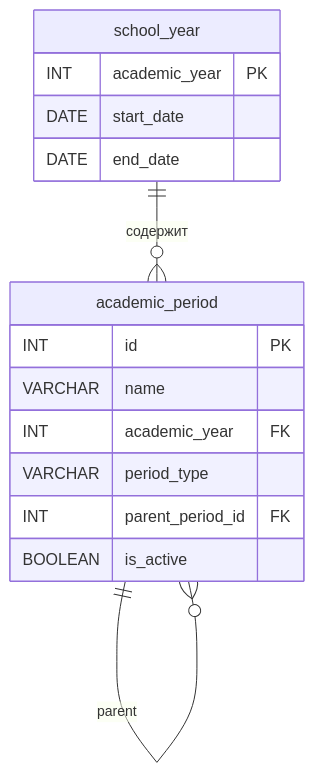
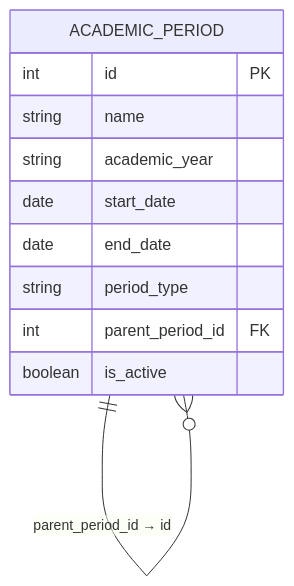
Before and after one commit to YuriSilenok/KPK_UP2_24-1P11: the diagram in S20/doc.md, drawn with Mermaid.

````diff
--- a/S20/doc.md
+++ b/S20/doc.md
@@ -117,20 +117,15 @@
 ```mermaid
 erDiagram
-    school_year {
-        INT academic_year PK
-        DATE start_date
-        DATE end_date
+    ACADEMIC_PERIOD {
+        int id PK
+        string name
+        string academic_year
+        date start_date
+        date end_date
+        string period_type
+        int parent_period_id FK
+        boolean is_active
     }
 
-    academic_period {
-        INT id PK
-        VARCHAR name
-        INT academic_year FK
-        VARCHAR period_type
-        INT parent_period_id FK
-        BOOLEAN is_active
-    }
-
-    school_year ||--o{ academic_period : "содержит"
-    academic_period ||--o{ academic_period : "parent"
+    ACADEMIC_PERIOD ||--o{ ACADEMIC_PERIOD : "parent_period_id → id"
 ```
````
